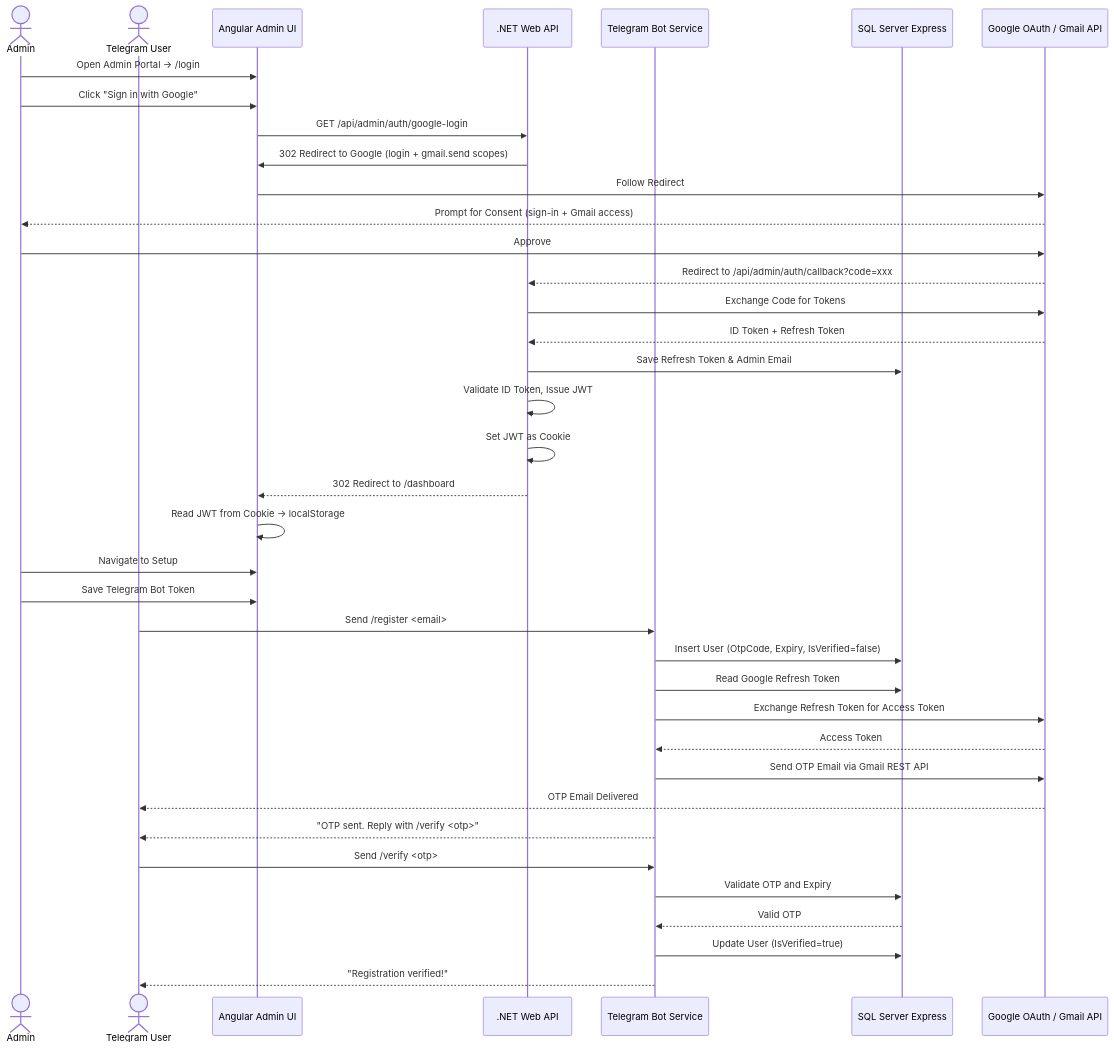
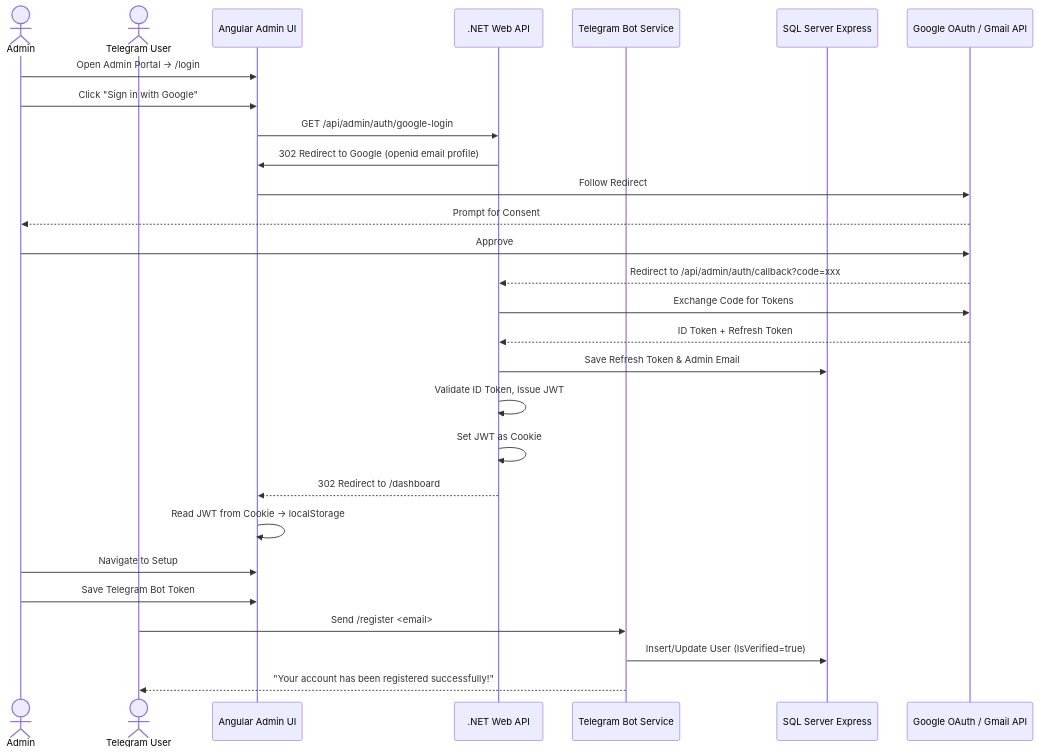
Before and after one commit to mayurjp/RemoteAssistant: the diagram in readme.md, drawn with Mermaid. The commit also changed other lines of this file and 9 other files, not shown here.

Commit message:
feat: Refactor Google OAuth integration and streamline Telegram bot registration flow

````diff
--- a/readme.md
+++ b/readme.md
@@ -9,44 +9,33 @@
 ```mermaid
 sequenceDiagram
     actor Admin
     actor User as Telegram User
     participant Angular as Angular Admin UI
     participant WebApi as .NET Web API
     participant Worker as Telegram Bot Service
     participant DB as SQL Server Express
     participant Google as Google OAuth / Gmail API
 
     Admin->>Angular: Open Admin Portal → /login
     Admin->>Angular: Click "Sign in with Google"
     Angular->>WebApi: GET /api/admin/auth/google-login
-    WebApi->>Angular: 302 Redirect to Google (login + gmail.send scopes)
+    WebApi->>Angular: 302 Redirect to Google (openid email profile)
     Angular->>Google: Follow Redirect
-    Google-->>Admin: Prompt for Consent (sign-in + Gmail access)
+    Google-->>Admin: Prompt for Consent
     Admin->>Google: Approve
     Google-->>WebApi: Redirect to /api/admin/auth/callback?code=xxx
     WebApi->>Google: Exchange Code for Tokens
     Google-->>WebApi: ID Token + Refresh Token
     WebApi->>DB: Save Refresh Token & Admin Email
     WebApi->>WebApi: Validate ID Token, Issue JWT
     WebApi->>WebApi: Set JWT as Cookie
     WebApi-->>Angular: 302 Redirect to /dashboard
     Angular->>Angular: Read JWT from Cookie → localStorage
 
     Admin->>Angular: Navigate to Setup
     Admin->>Angular: Save Telegram Bot Token
 
     User->>Worker: Send /register <email>
-    Worker->>DB: Insert User (OtpCode, Expiry, IsVerified=false)
-    Worker->>DB: Read Google Refresh Token
-    Worker->>Google: Exchange Refresh Token for Access Token
-    Google-->>Worker: Access Token
-    Worker->>Google: Send OTP Email via Gmail REST API
-    Google-->>User: OTP Email Delivered
-    Worker-->>User: "OTP sent. Reply with /verify <otp>"
-
-    User->>Worker: Send /verify <otp>
-    Worker->>DB: Validate OTP and Expiry
-    DB-->>Worker: Valid OTP
-    Worker->>DB: Update User (IsVerified=true)
-    Worker-->>User: "Registration verified!"
+    Worker->>DB: Insert/Update User (IsVerified=true)
+    Worker-->>User: "Your account has been registered successfully!"
 ```
````
